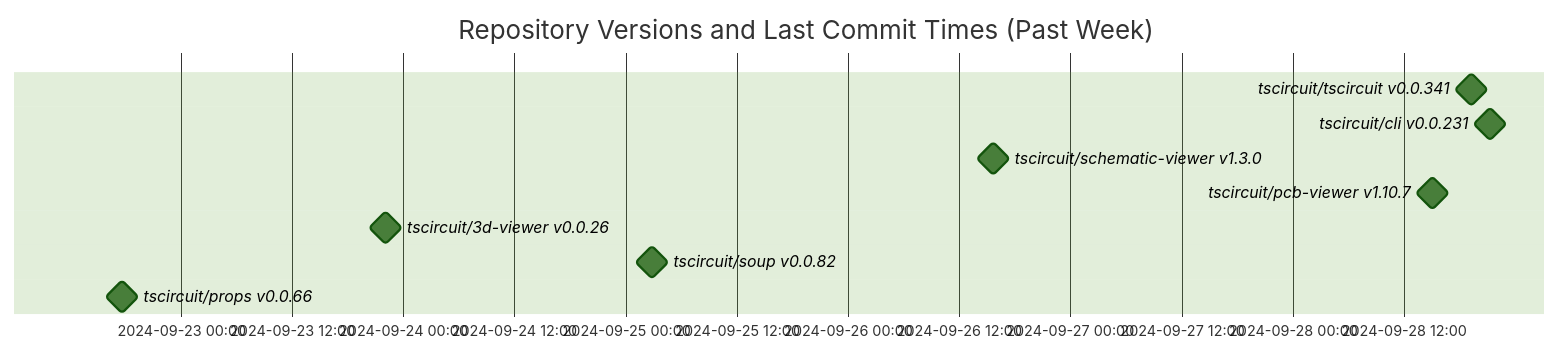
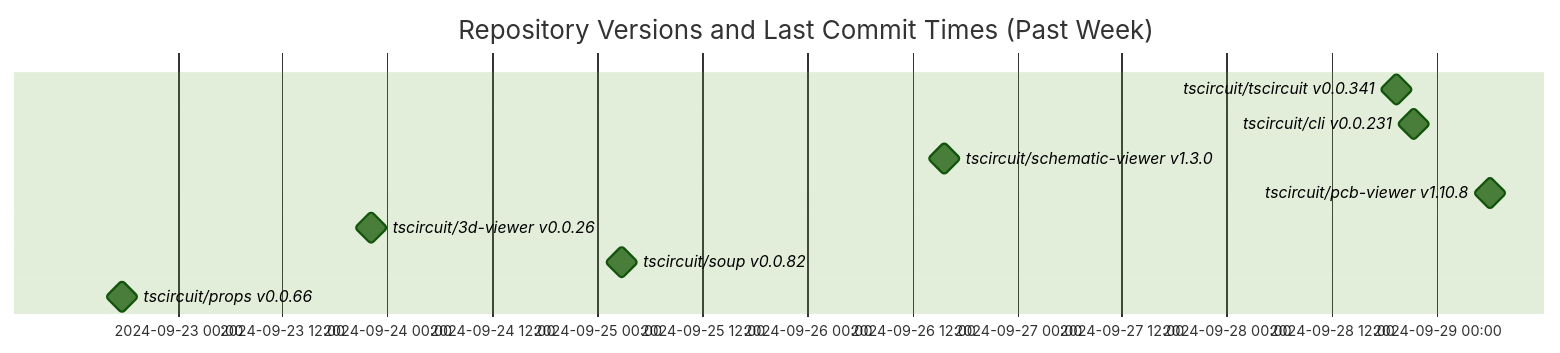
One commit to tscircuit/version-tracker changed the diagram in README.md. Above: the diagram before and after it, drawn with Mermaid (forest theme).

Commit message:
Update chart

````diff
--- a/README.md
+++ b/README.md
@@ -1,14 +1,14 @@
 ```mermaid
 gantt
   dateFormat  YYYY-MM-DD HH:mm:ss
   title Repository Versions and Last Commit Times (Past Week)
   axisFormat %Y-%m-%d %H:%M
 
   tscircuit/tscircuit v0.0.341 : milestone, 2024-09-28 19:18:49, 1s
   tscircuit/cli v0.0.231 : milestone, 2024-09-28 21:20:14, 1s
   tscircuit/schematic-viewer v1.3.0 : milestone, 2024-09-26 15:39:47, 1s
-  tscircuit/pcb-viewer v1.10.7 : milestone, 2024-09-28 15:06:22, 1s
+  tscircuit/pcb-viewer v1.10.8 : milestone, 2024-09-29 06:04:46, 1s
   tscircuit/3d-viewer v0.0.26 : milestone, 2024-09-23 22:06:33, 1s
   tscircuit/soup v0.0.82 : milestone, 2024-09-25 02:48:20, 1s
   tscircuit/props v0.0.66 : milestone, 2024-09-22 17:38:44, 1s
 ```
````
